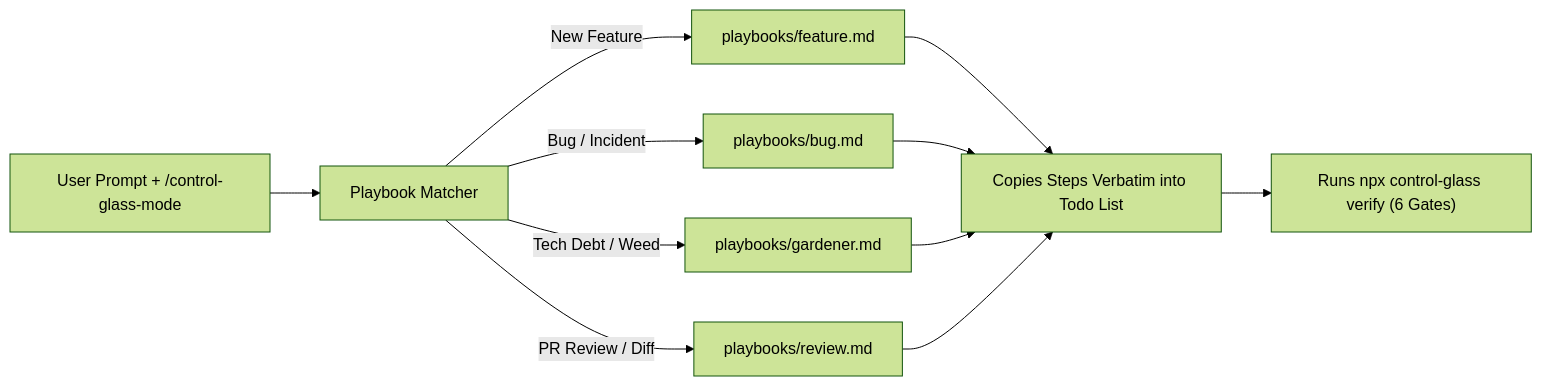
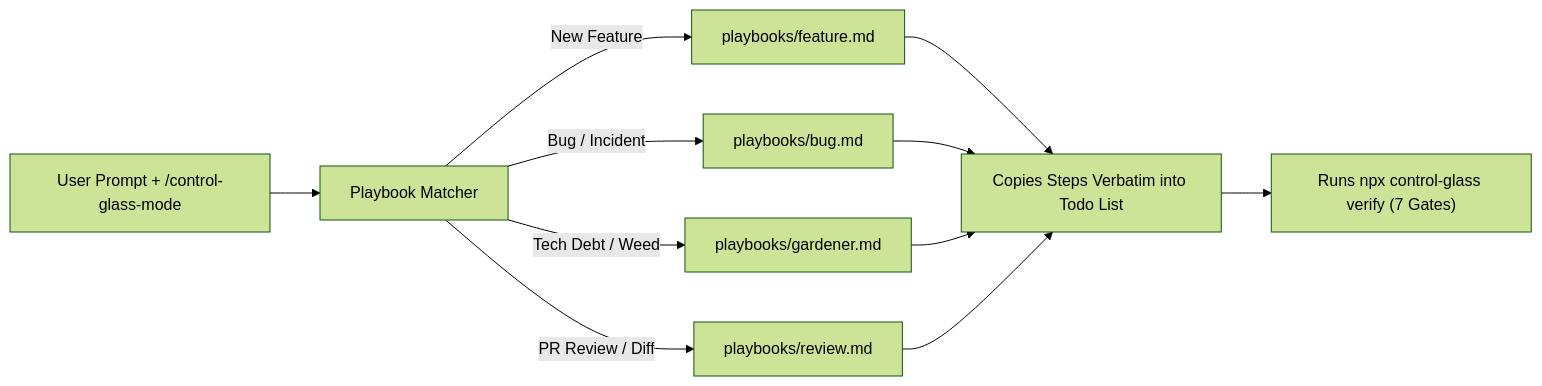
One commit to Sakeerin/control-glass changed the diagram in docs/guide/02-control-glass-mode.md. Above: the diagram before and after it, drawn with Mermaid (forest theme). The commit also changed other lines of this file and 39 other files, not shown here.

````diff
--- a/docs/guide/02-control-glass-mode.md
+++ b/docs/guide/02-control-glass-mode.md
@@ -11,10 +11,10 @@
 ```mermaid
 flowchart LR
     Prompt["User Prompt + /control-glass-mode"] --> Router["Playbook Matcher"]
     Router -->|New Feature| P1["playbooks/feature.md"]
     Router -->|Bug / Incident| P2["playbooks/bug.md"]
     Router -->|Tech Debt / Weed| P3["playbooks/gardener.md"]
     Router -->|PR Review / Diff| P4["playbooks/review.md"]
     P1 & P2 & P3 & P4 --> Checklist["Copies Steps Verbatim into Todo List"]
-    Checklist --> Verify["Runs npx control-glass verify (6 Gates)"]
+    Checklist --> Verify["Runs npx control-glass verify (7 Gates)"]
 ```
````
